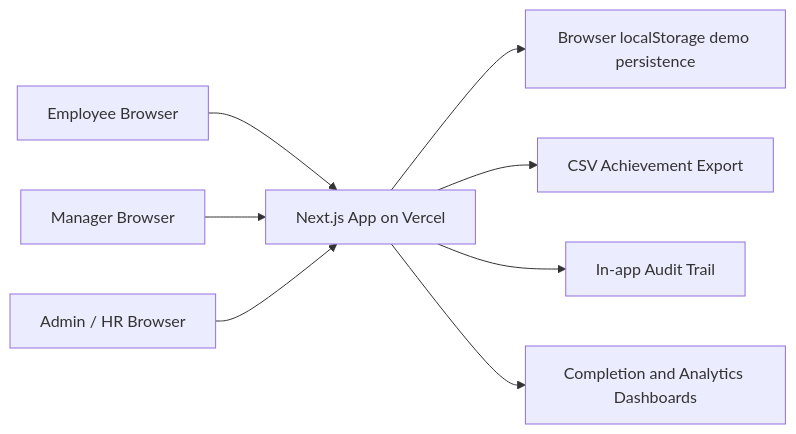
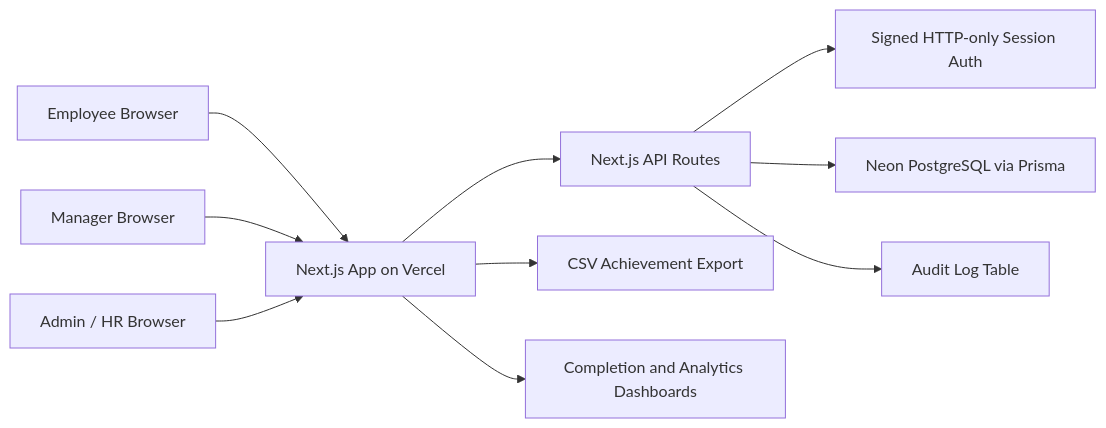
The first of 2 diagrams in ARCHITECTURE.md (aditya-1408/atomquest-portal), drawn with Mermaid before and after one commit. The commit also changed other lines of this file and 4 other files, not shown here.

````diff
--- a/ARCHITECTURE.md
+++ b/ARCHITECTURE.md
@@ -5,10 +5,12 @@
 ```mermaid
 flowchart LR
     E["Employee Browser"] --> UI["Next.js App on Vercel"]
     M["Manager Browser"] --> UI
     A["Admin / HR Browser"] --> UI
-    UI --> LS["Browser localStorage demo persistence"]
+    UI --> API["Next.js API Routes"]
+    API --> Auth["Signed HTTP-only Session Auth"]
+    API --> DB["Neon PostgreSQL via Prisma"]
     UI --> CSV["CSV Achievement Export"]
-    UI --> Audit["In-app Audit Trail"]
+    API --> Audit["Audit Log Table"]
     UI --> Dash["Completion and Analytics Dashboards"]
 ```
````
